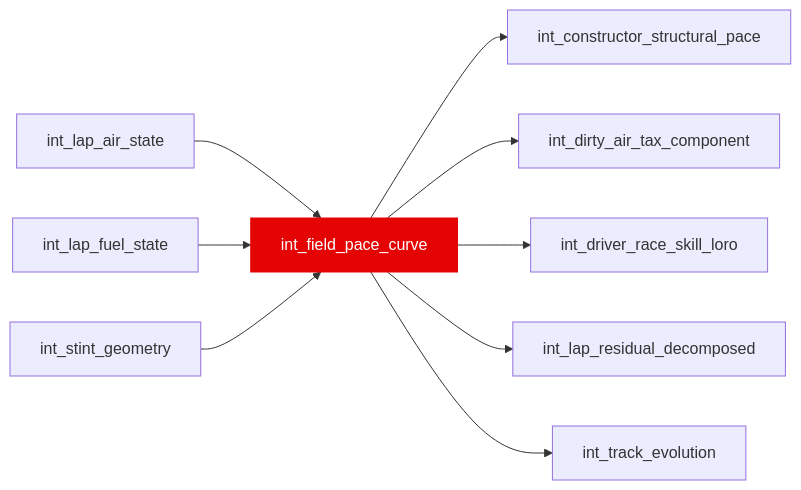
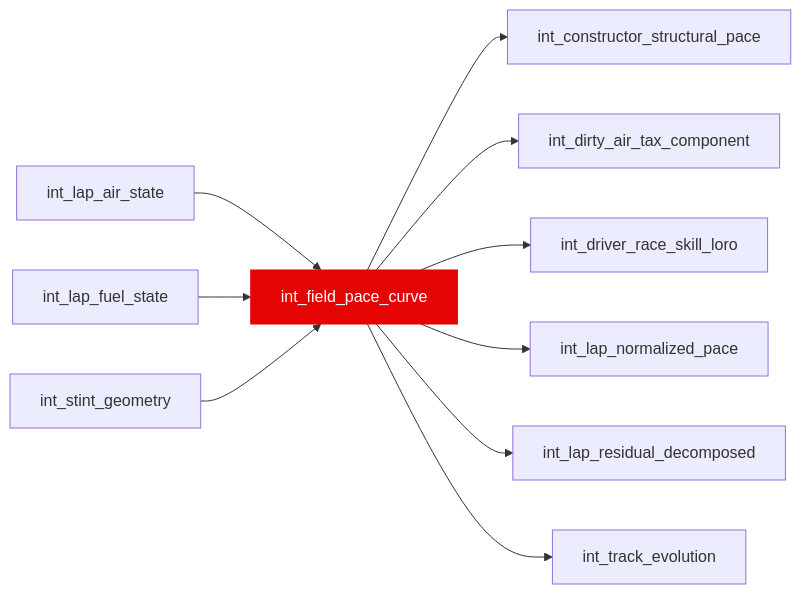
The diagram in docs/reference/models/int/int_field_pace_curve.mdx (JustinClarke/off-the-pace), drawn with Mermaid before and after one commit. The commit also changed 31 other files, not shown here.

Commit message:
new SQL model, ,  calculates the normalized lap pace by removing the effects of dirty air

````diff
--- a/docs/reference/models/int/int_field_pace_curve.mdx
+++ b/docs/reference/models/int/int_field_pace_curve.mdx
@@ -15,12 +15,13 @@
 ```mermaid
 flowchart LR
   int_lap_air_state --> int_field_pace_curve
   int_lap_fuel_state --> int_field_pace_curve
   int_stint_geometry --> int_field_pace_curve
   int_field_pace_curve --> int_constructor_structural_pace
   int_field_pace_curve --> int_dirty_air_tax_component
   int_field_pace_curve --> int_driver_race_skill_loro
+  int_field_pace_curve --> int_lap_normalized_pace
   int_field_pace_curve --> int_lap_residual_decomposed
   int_field_pace_curve --> int_track_evolution
   style int_field_pace_curve fill:#e40404,stroke:#e40404,color:#fff
 ```
````
